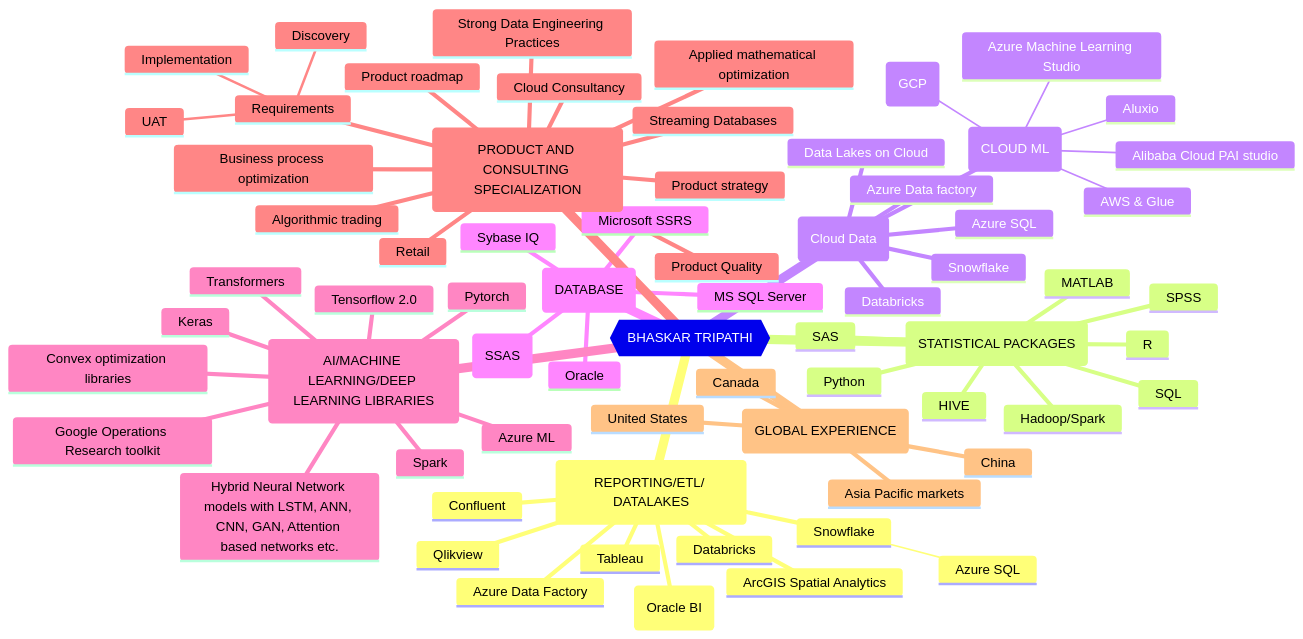
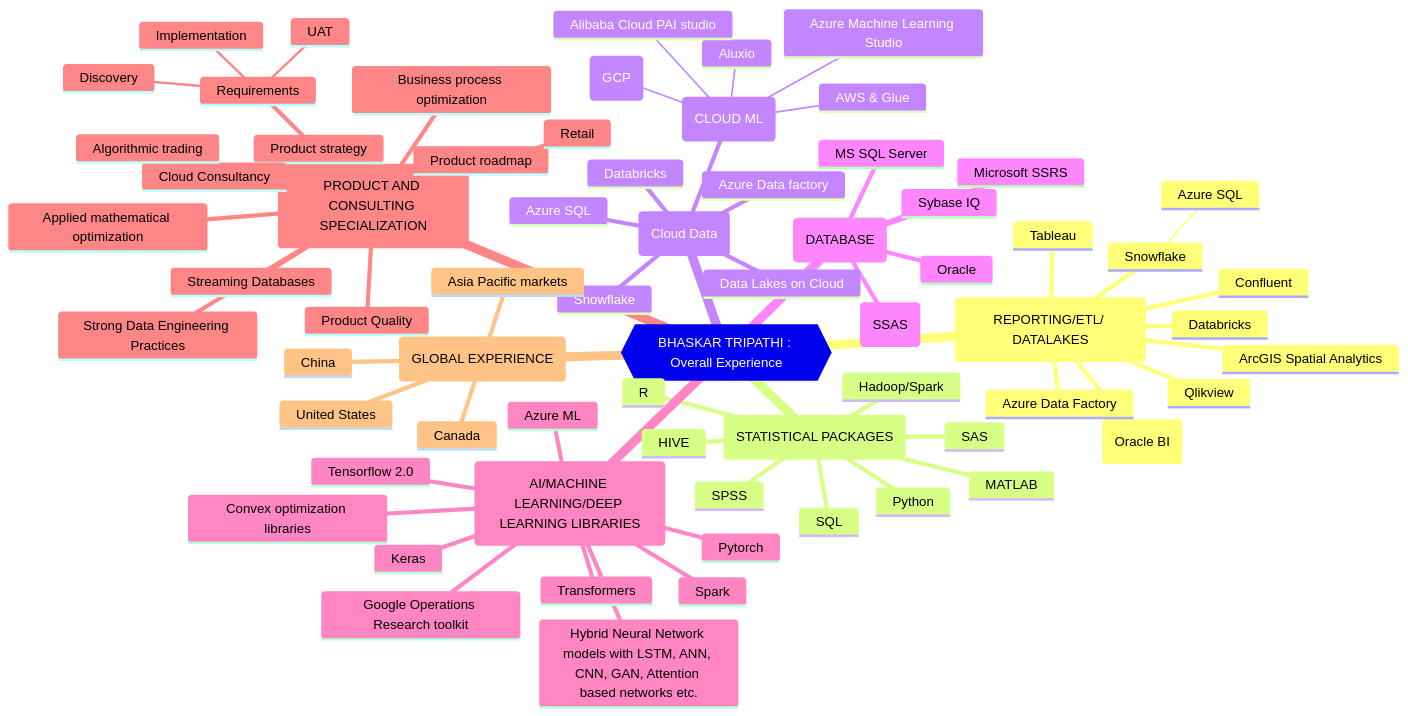
One commit to bhaskatripathi/bhaskatripathi changed the second of 3 diagrams in README.md. Above: the diagram before and after it, drawn with Mermaid. The commit also changed other lines of this file, not shown here.

````diff
--- a/README.md
+++ b/README.md
@@ -51,71 +51,71 @@
 ```mermaid
 mindmap
-root{{BHASKAR TRIPATHI}}
+root{{BHASKAR TRIPATHI : Overall Experience}}
   (REPORTING/ETL/ DATALAKES)
     Hyperion 9.0 (Oracle BI)
 	  Qlikview
 	  Tableau
 	  ArcGIS Spatial Analytics
 	  Databricks
 	  Azure Data Factory
 	  Confluent
 	  Snowflake
     Azure SQL
   (STATISTICAL PACKAGES)
      MATLAB
      SPSS
      SAS
      SQL
      R
      Python
      Hadoop/Spark
      HIVE
   (Cloud Data)
      Azure Data factory
      Azure SQL
      Snowflake
      Databricks
      Data Lakes on Cloud
    (CLOUD ML)
      Aluxio
      Azure Machine Learning Studio
      AWS & Glue
      Google Cloud Platform (GCP)
      Alibaba Cloud PAI studio
   (DATABASE)
      MS SQL Server
      Sybase IQ
      Oracle
      Microsoft SQL Server Analysis Services (SSAS)
      Microsoft SSRS
   (AI/MACHINE LEARNING/DEEP LEARNING LIBRARIES)
      Azure ML
      Tensorflow 2.0
      Pytorch
      Keras
      Spark
      Transformers
      Convex optimization libraries
      Google Operations Research toolkit
      Hybrid Neural Network models with LSTM, ANN, CNN, GAN, Attention based networks etc.
   (PRODUCT AND CONSULTING SPECIALIZATION)
     Product strategy
     Requirements
       Discovery
       Implementation
       UAT
     Business process optimization
     Strong Data Engineering Practices
     Cloud Consultancy
     Applied mathematical optimization
     Product Quality
     Product roadmap
     Streaming Databases
     Algorithmic trading
     Retail
   (GLOBAL EXPERIENCE)
     United States
     Canada
     Asia Pacific markets
     China
 ```
````
